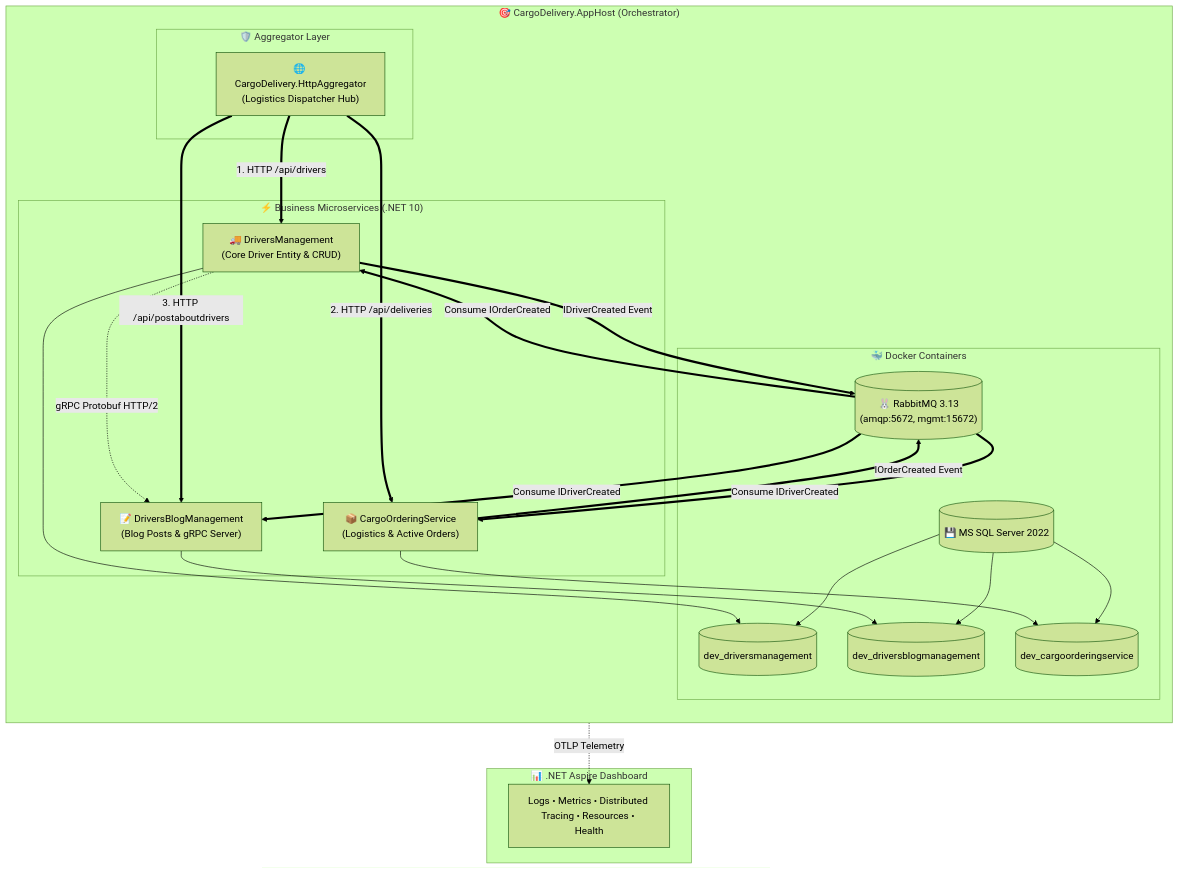
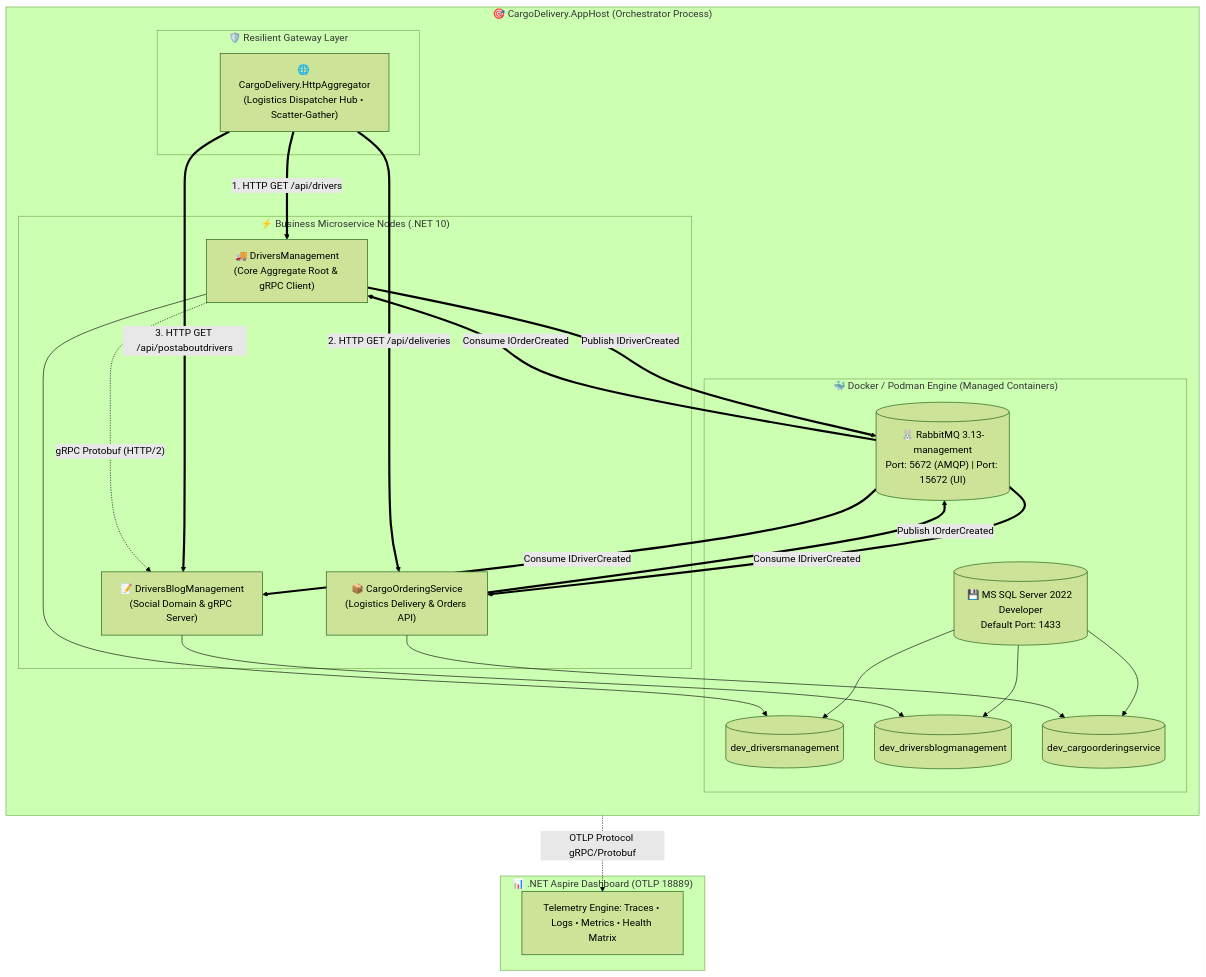
One commit to MrTomkaYurii/Demo-CargoDeliveryService changed the second of 4 diagrams in 02-Microservices-Craftsman/02-01-Aspire-Documentation/01_Aspire_Orchestration_AppHost_DeepDive.md. Above: the diagram before and after it, drawn with Mermaid (forest theme). The commit also changed other lines of this file and 5 other files, not shown here.

Commit message:
docs(aspire): expand guides 01-06 into comprehensive masterclass with deep theory, code dissections, and verified mermaid diagrams

````diff
--- a/02-Microservices-Craftsman/02-01-Aspire-Documentation/01_Aspire_Orchestration_AppHost_DeepDive.md
+++ b/02-Microservices-Craftsman/02-01-Aspire-Documentation/01_Aspire_Orchestration_AppHost_DeepDive.md
@@ -44,45 +79,56 @@
 ```mermaid
 flowchart TB
-    subgraph Dashboard ["📊 .NET Aspire Dashboard"]
-        UI["Logs • Metrics • Distributed Tracing • Resources • Health"]
+    subgraph Dashboard ["📊 .NET Aspire Dashboard (OTLP 18889)"]
+        D_UI["Telemetry Engine: Traces • Logs • Metrics • Health Matrix"]
     end
 
-    subgraph AppHost ["🎯 CargoDelivery.AppHost (Orchestrator)"]
+    subgraph AppHostContainer ["🎯 CargoDelivery.AppHost (Orchestrator Process)"]
         direction TB
 
-        subgraph Infra ["🐳 Docker Containers"]
-            RMQ[("🐰 RabbitMQ 3.13<br/>(amqp:5672, mgmt:15672)")]
-            SQL[("💾 MS SQL Server 2022")]
-            DB1[("dev_driversmanagement")]
-            DB2[("dev_driversblogmanagement")]
-            DB3[("dev_cargoorderingservice")]
-            SQL --> DB1 & DB2 & DB3
+        subgraph Infra ["🐳 Docker / Podman Engine (Managed Containers)"]
+            RMQ[("🐰 RabbitMQ 3.13-management<br/>Port: 5672 (AMQP) | Port: 15672 (UI)")]
+            SQL[("💾 MS SQL Server 2022 Developer<br/>Default Port: 1433")]
+            
+            DB_DM[("dev_driversmanagement")]
+            DB_DB[("dev_driversblogmanagement")]
+            DB_CO[("dev_cargoorderingservice")]
+            
+            SQL --> DB_DM
+            SQL --> DB_DB
+            SQL --> DB_CO
         end
 
-        subgraph CoreServices ["⚡ Business Microservices (.NET 10)"]
-            DM["🚚 DriversManagement<br/>(Core Driver Entity & CRUD)"]
-            CO["📦 CargoOrderingService<br/>(Logistics & Active Orders)"]
-            DB["📝 DriversBlogManagement<br/>(Blog Posts & gRPC Server)"]
+        subgraph CoreAPIs ["⚡ Business Microservice Nodes (.NET 10)"]
+            DM["🚚 DriversManagement<br/>(Core Aggregate Root & gRPC Client)"]
+            DB["📝 DriversBlogManagement<br/>(Social Domain & gRPC Server)"]
+            CO["📦 CargoOrderingService<br/>(Logistics Delivery & Orders API)"]
         end
 
-        subgraph Gateway ["🛡️ Aggregator Layer"]
-            AGG["🌐 CargoDelivery.HttpAggregator<br/>(Logistics Dispatcher Hub)"]
+        subgraph DispatcherHub ["🛡️ Resilient Gateway Layer"]
+            AGG["🌐 CargoDelivery.HttpAggregator<br/>(Logistics Dispatcher Hub • Scatter-Gather)"]
         end
     end
 
-    AGG ==>|1. HTTP /api/drivers| DM
-    AGG ==>|2. HTTP /api/deliveries| CO
-    AGG ==>|3. HTTP /api/postaboutdrivers| DB
+    %% Interservice HTTP Communications
+    AGG ==>|1. HTTP GET /api/drivers| DM
+    AGG ==>|2. HTTP GET /api/deliveries| CO
+    AGG ==>|3. HTTP GET /api/postaboutdrivers| DB
 
-    DM -.->|gRPC Protobuf HTTP/2| DB
-    DM ==>|IDriverCreated Event| RMQ
-    RMQ ==>|Consume IDriverCreated| DB & CO
-    CO ==>|IOrderCreated Event| RMQ
+    %% gRPC Direct Point-to-Point
+    DM -.->|"gRPC Protobuf (HTTP/2)"| DB
+
+    %% Asynchronous Event Broker
+    DM ==>|Publish IDriverCreated| RMQ
+    CO ==>|Publish IOrderCreated| RMQ
+    RMQ ==>|Consume IDriverCreated| DB
+    RMQ ==>|Consume IDriverCreated| CO
     RMQ ==>|Consume IOrderCreated| DM
 
-    DM --> DB1
-    DB --> DB2
-    CO --> DB3
+    %% Database Attachments
+    DM --> DB_DM
+    DB --> DB_DB
+    CO --> DB_CO
 
-    AppHost -.->|OTLP Telemetry| UI
+    %% Telemetry Exporters
+    AppHostContainer -.->|OTLP Protocol gRPC/Protobuf| D_UI
 ```
````
